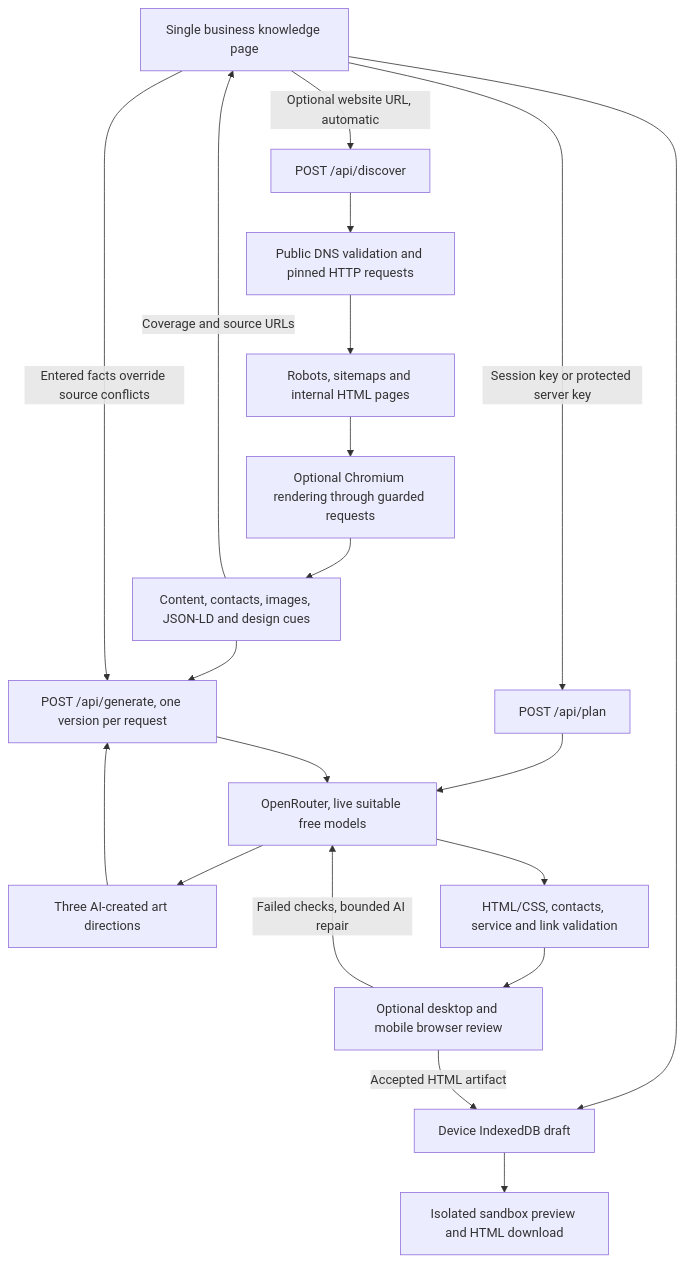
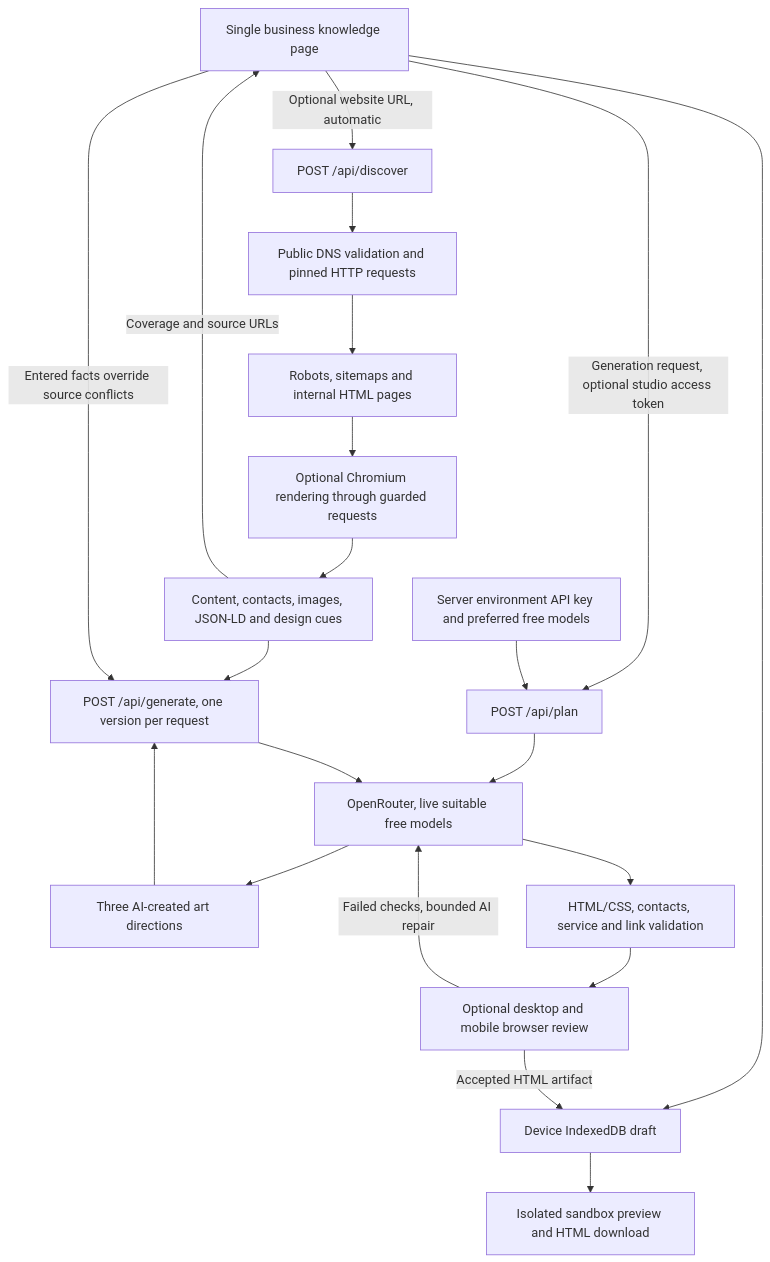
Before and after one commit to tinitiateprime/everonnai: the diagram in PROJECT_DATA_FLOW.md, drawn with Mermaid. The commit also changed other lines of this file and 10 other files, not shown here.

Commit message:
Use server environment keys and prefer verified free website models

````diff
--- a/PROJECT_DATA_FLOW.md
+++ b/PROJECT_DATA_FLOW.md
@@ -3,22 +3,23 @@
 ```mermaid
 flowchart TD
   User[Single business knowledge page] --> Draft[Device IndexedDB draft]
   User -->|Optional website URL, automatic| Discover[POST /api/discover]
   Discover --> Network[Public DNS validation and pinned HTTP requests]
   Network --> Source[Robots, sitemaps and internal HTML pages]
   Source --> Browser[Optional Chromium rendering through guarded requests]
   Browser --> Evidence[Content, contacts, images, JSON-LD and design cues]
   Evidence -->|Coverage and source URLs| User
-  User -->|Session key or protected server key| Plan[POST /api/plan]
+  User -->|Generation request, optional studio access token| Plan[POST /api/plan]
+  ServerEnv[Server environment API key and preferred free models] --> Plan
   Plan --> Router[OpenRouter, live suitable free models]
   Router --> Directions[Three AI-created art directions]
   Directions --> Generate[POST /api/generate, one version per request]
   Evidence --> Generate
   User -->|Entered facts override source conflicts| Generate
   Generate --> Router
   Router --> Validate[HTML/CSS, contacts, service and link validation]
   Validate --> Inspect[Optional desktop and mobile browser review]
   Inspect -->|Failed checks, bounded AI repair| Router
   Inspect -->|Accepted HTML artifact| Draft
   Draft --> Preview[Isolated sandbox preview and HTML download]
 ```
````
